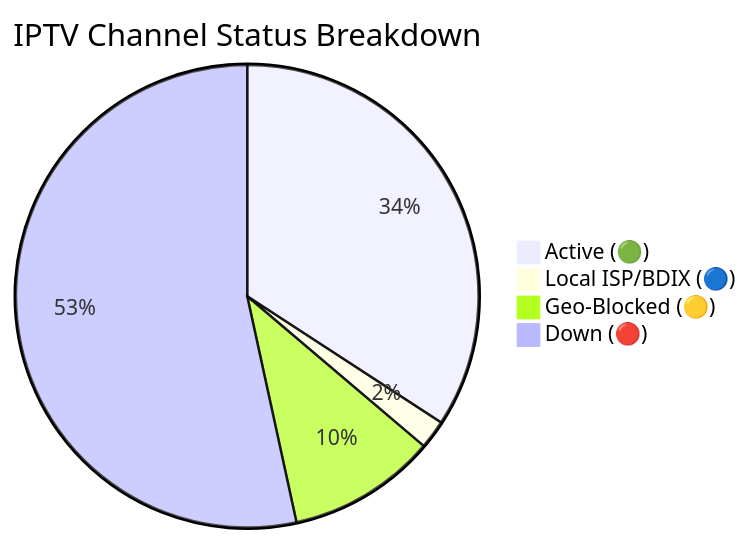
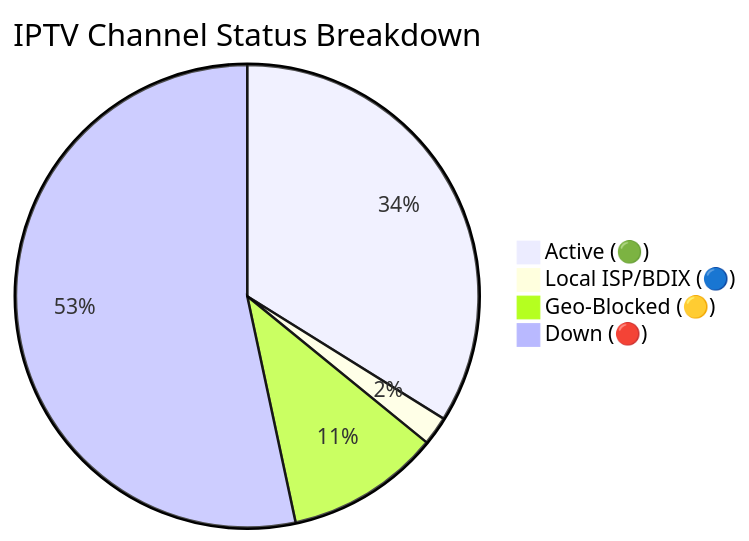
The diagram in README.md (andreataylord/Ip-tv-Collection), drawn with Mermaid before and after one commit. The commit also changed other lines of this file and 1 other file, not shown here.

Commit message:
docs(readme): auto-update daily channel status chart

````diff
--- a/README.md
+++ b/README.md
@@ -59,7 +59,7 @@
 ```mermaid
 pie title IPTV Channel Status Breakdown
-    "Active (🟢)" : 2176
+    "Active (🟢)" : 2156
     "Local ISP/BDIX (🔵)" : 128
-    "Geo-Blocked (🟡)" : 661
-    "Down (🔴)" : 3400
+    "Geo-Blocked (🟡)" : 685
+    "Down (🔴)" : 3396
 ```
````
